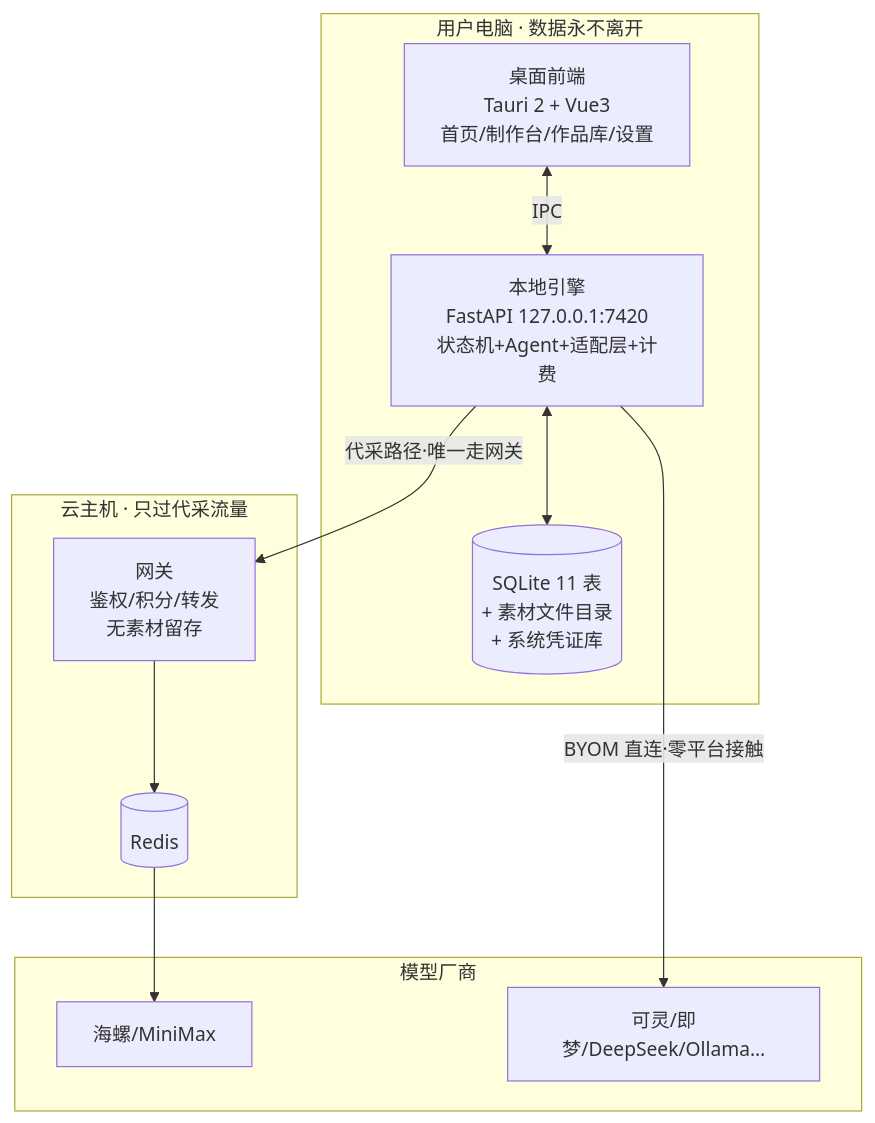
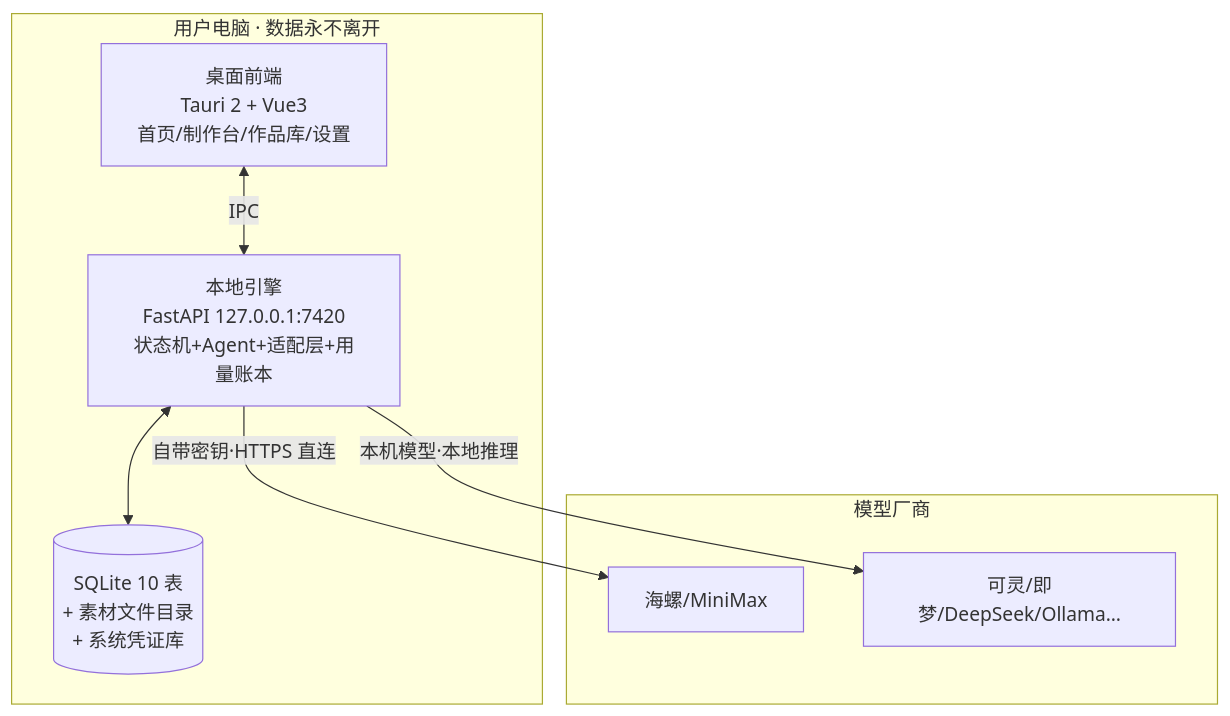
Before and after one commit to kujirashark/WhaleJu: the first of 9 diagrams in docs/鲸鲨漫剧-系统设计方案-合订本-v3.1.md, drawn with Mermaid. The commit also changed other lines of this file and 98 other files, not shown here.

````diff
--- a/docs/鲸鲨漫剧-系统设计方案-合订本-v3.1.md
+++ b/docs/鲸鲨漫剧-系统设计方案-合订本-v3.1.md
@@ -14,19 +18,15 @@
 ```mermaid
 flowchart TB
     subgraph PC[用户电脑 · 数据永不离开]
         WV[桌面前端<br/>Tauri 2 + Vue3<br/>首页/制作台/作品库/设置]
-        EN[本地引擎<br/>FastAPI 127.0.0.1:7420<br/>状态机+Agent+适配层+计费]
-        DB[(SQLite 11 表<br/>+ 素材文件目录<br/>+ 系统凭证库)]
-    end
-    subgraph CLOUD[云主机 · 只过代采流量]
-        GW[网关<br/>鉴权/积分/转发<br/>无素材留存]
-        RD[(Redis)]
+        EN[本地引擎<br/>FastAPI 127.0.0.1:7420<br/>状态机+Agent+适配层+用量账本]
+        DB[(SQLite 10 表<br/>+ 素材文件目录<br/>+ 系统凭证库)]
     end
     subgraph V[模型厂商]
         M1[海螺/MiniMax]
         M2[可灵/即梦/DeepSeek/Ollama…]
     end
     WV <-->|IPC| EN <--> DB
-    EN -->|代采路径·唯一走网关| GW --> RD --> M1
-    EN -->|BYOM 直连·零平台接触| M2
+    EN -->|自带密钥·HTTPS 直连| M1
+    EN -->|本机模型·本地推理| M2
 ```
````
